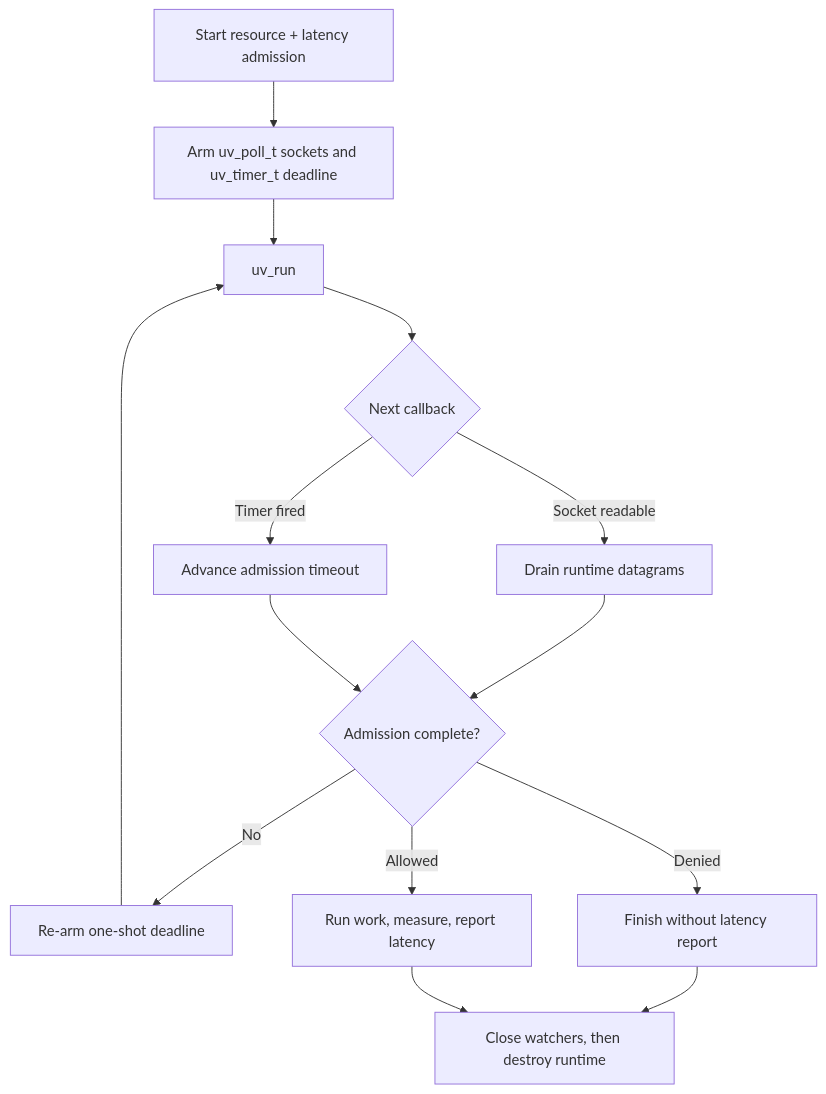
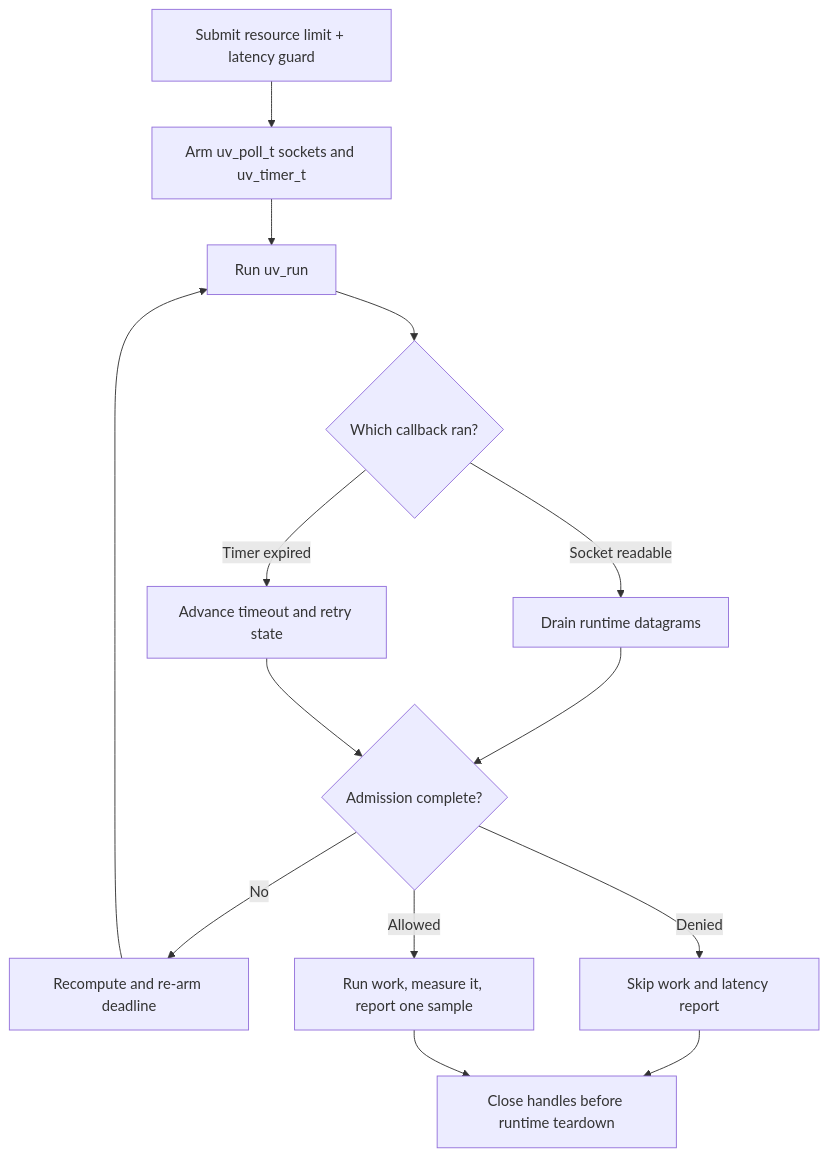
Before and after one commit to ratelimitly-com/rl-c-client: the diagram in examples/libuv/README.md, drawn with Mermaid. The commit also changed other lines of this file, not shown here.

Commit message:
docs(libuv): explain poll lifecycle

````diff
--- a/examples/libuv/README.md
+++ b/examples/libuv/README.md
@@ -15,16 +26,16 @@
 ```mermaid
 flowchart TD
-    Start["Start resource + latency admission"] --> Watch["Arm uv_poll_t sockets and uv_timer_t deadline"]
-    Watch --> Run["uv_run"]
-    Run --> Event{"Next callback"}
+    Start["Submit resource limit + latency guard"] --> Watch["Arm uv_poll_t sockets and uv_timer_t"]
+    Watch --> Run["Run uv_run"]
+    Run --> Event{"Which callback ran?"}
     Event -->|Socket readable| Read["Drain runtime datagrams"]
-    Event -->|Timer fired| Timeout["Advance admission timeout"]
+    Event -->|Timer expired| Timeout["Advance timeout and retry state"]
     Read --> Decision{"Admission complete?"}
     Timeout --> Decision
-    Decision -->|No| Rearm["Re-arm one-shot deadline"]
+    Decision -->|No| Rearm["Recompute and re-arm deadline"]
     Rearm --> Run
-    Decision -->|Denied| Reject["Finish without latency report"]
-    Decision -->|Allowed| Work["Run work, measure, report latency"]
-    Reject --> Close["Close watchers, then destroy runtime"]
+    Decision -->|Denied| Reject["Skip work and latency report"]
+    Decision -->|Allowed| Work["Run work, measure it, report one sample"]
+    Reject --> Close["Close handles before runtime teardown"]
     Work --> Close
 ```
````
